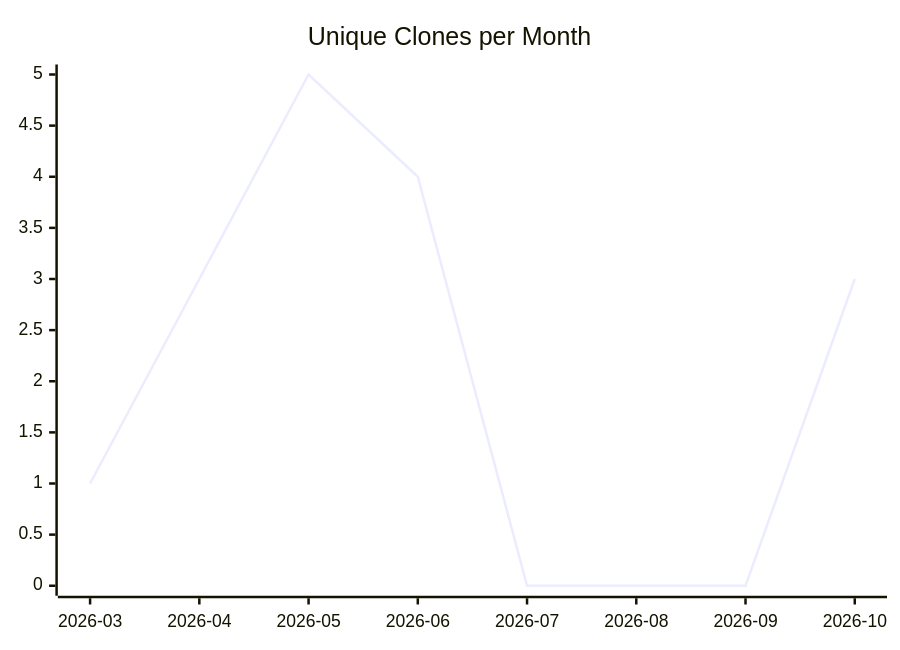
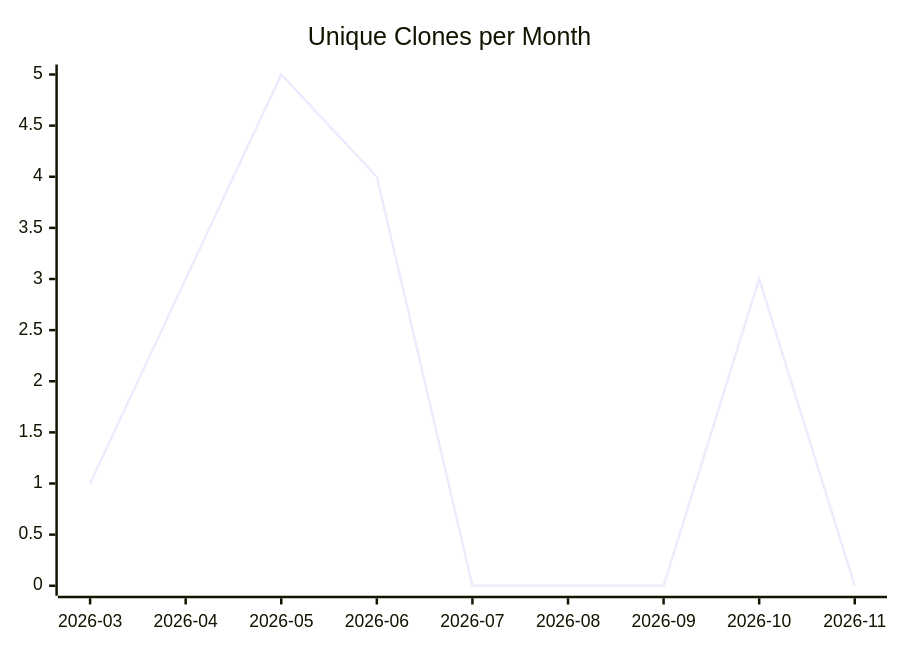
One commit to justdavis-family/github-analytics-data changed the third of 3 diagrams in karlmdavis/liquibase/README.md. Above: the diagram before and after it, drawn with Mermaid. The commit also changed other lines of this file and 201 other files, not shown here.

````diff
--- a/karlmdavis/liquibase/README.md
+++ b/karlmdavis/liquibase/README.md
@@ -19,6 +19,6 @@
 ```mermaid
 xychart-beta
   title "Unique Clones per Month"
-  x-axis ["2026-03", "2026-04", "2026-05", "2026-06", "2026-07", "2026-08", "2026-09", "2026-10"]
-  line [1, 3, 5, 4, 0, 0, 0, 3]
+  x-axis ["2026-03", "2026-04", "2026-05", "2026-06", "2026-07", "2026-08", "2026-09", "2026-10", "2026-11"]
+  line [1, 3, 5, 4, 0, 0, 0, 3, 0]
 ```
````
